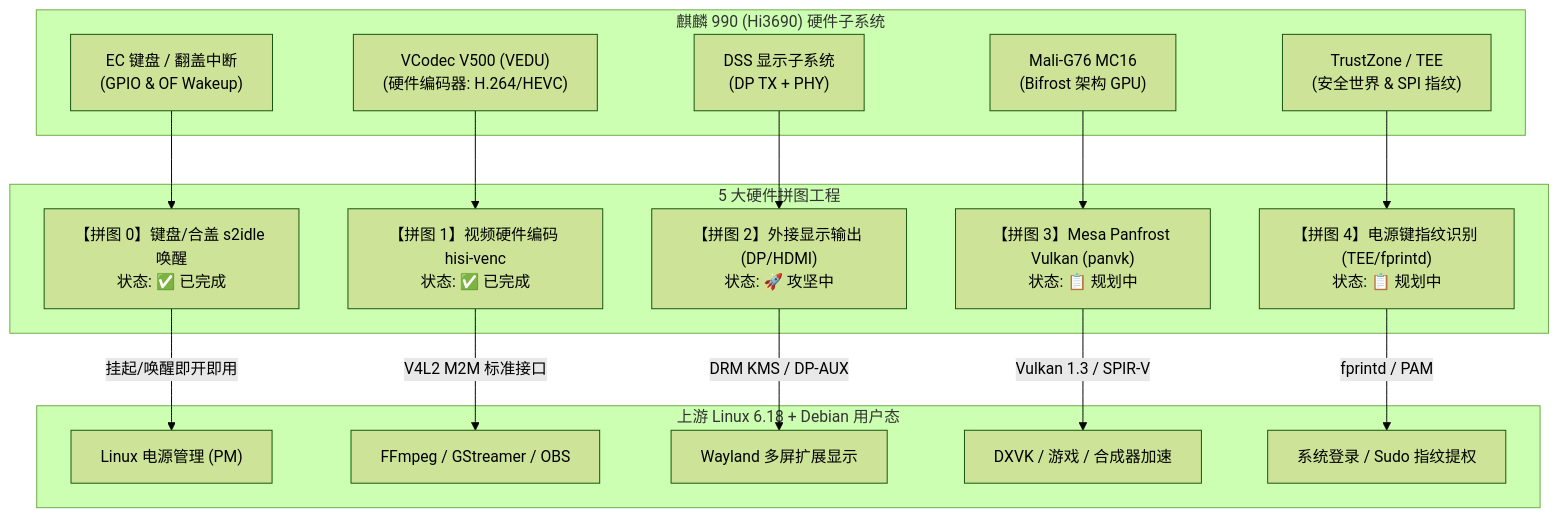
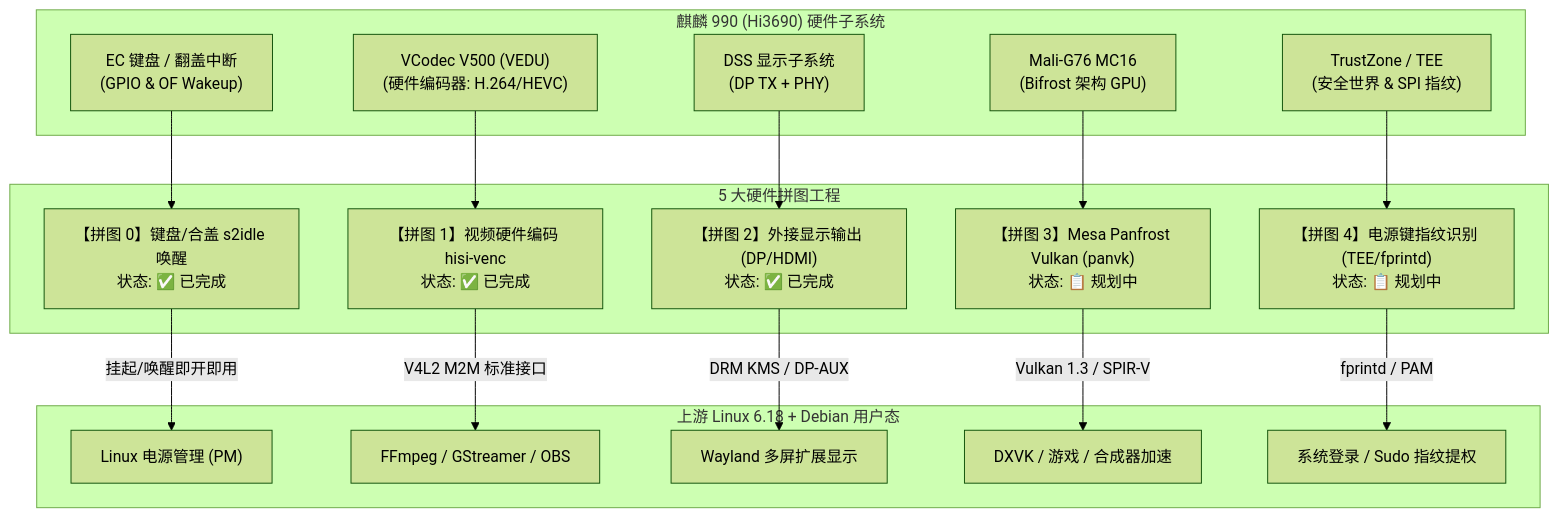
One commit to misaka-imouto/l410-mainline changed the first of 2 diagrams in docs/puzzles-roadmap.md. Above: the diagram before and after it, drawn with Mermaid (forest theme). The commit also changed other lines of this file and 1 other file, not shown here.

Commit message:
docs: complete Puzzle 2 external display (DP/HDMI) enablement and architecture

````diff
--- a/docs/puzzles-roadmap.md
+++ b/docs/puzzles-roadmap.md
@@ -11,32 +11,32 @@
 ```mermaid
 flowchart TD
     subgraph SoC["麒麟 990 (Hi3690) 硬件子系统"]
         KBD["EC 键盘 / 翻盖中断\n(GPIO & OF Wakeup)"]
         VEDU["VCodec V500 (VEDU)\n(硬件编码器: H.264/HEVC)"]
         DSS["DSS 显示子系统\n(DP TX + PHY)"]
         GPU["Mali-G76 MC16\n(Bifrost 架构 GPU)"]
         TEE["TrustZone / TEE\n(安全世界 & SPI 指纹)"]
     end
 
     subgraph Puzzles["5 大硬件拼图工程"]
         P0["【拼图 0】键盘/合盖 s2idle 唤醒\n状态: ✅ 已完成"]
         P1["【拼图 1】视频硬件编码 hisi-venc\n状态: ✅ 已完成"]
-        P2["【拼图 2】外接显示输出 (DP/HDMI)\n状态: 🚀 攻坚中"]
+        P2["【拼图 2】外接显示输出 (DP/HDMI)\n状态: ✅ 已完成"]
         P3["【拼图 3】Mesa Panfrost Vulkan (panvk)\n状态: 📋 规划中"]
         P4["【拼图 4】电源键指纹识别 (TEE/fprintd)\n状态: 📋 规划中"]
     end
 
     KBD --> P0
     VEDU --> P1
     DSS --> P2
     GPU --> P3
     TEE --> P4
 
     subgraph OS["上游 Linux 6.18 + Debian 用户态"]
         P0 --> |"挂起/唤醒即开即用"| Power["Linux 电源管理 (PM)"]
         P1 --> |"V4L2 M2M 标准接口"| Media["FFmpeg / GStreamer / OBS"]
         P2 --> |"DRM KMS / DP-AUX"| Display["Wayland 多屏扩展显示"]
         P3 --> |"Vulkan 1.3 / SPIR-V"| Graphics["DXVK / 游戏 / 合成器加速"]
         P4 --> |"fprintd / PAM"| Auth["系统登录 / Sudo 指纹提权"]
     end
 ```
````
